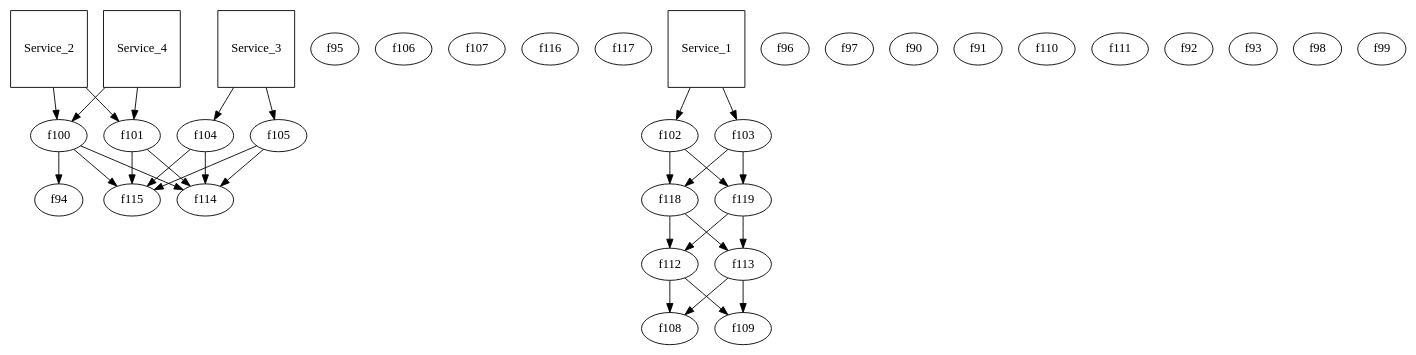
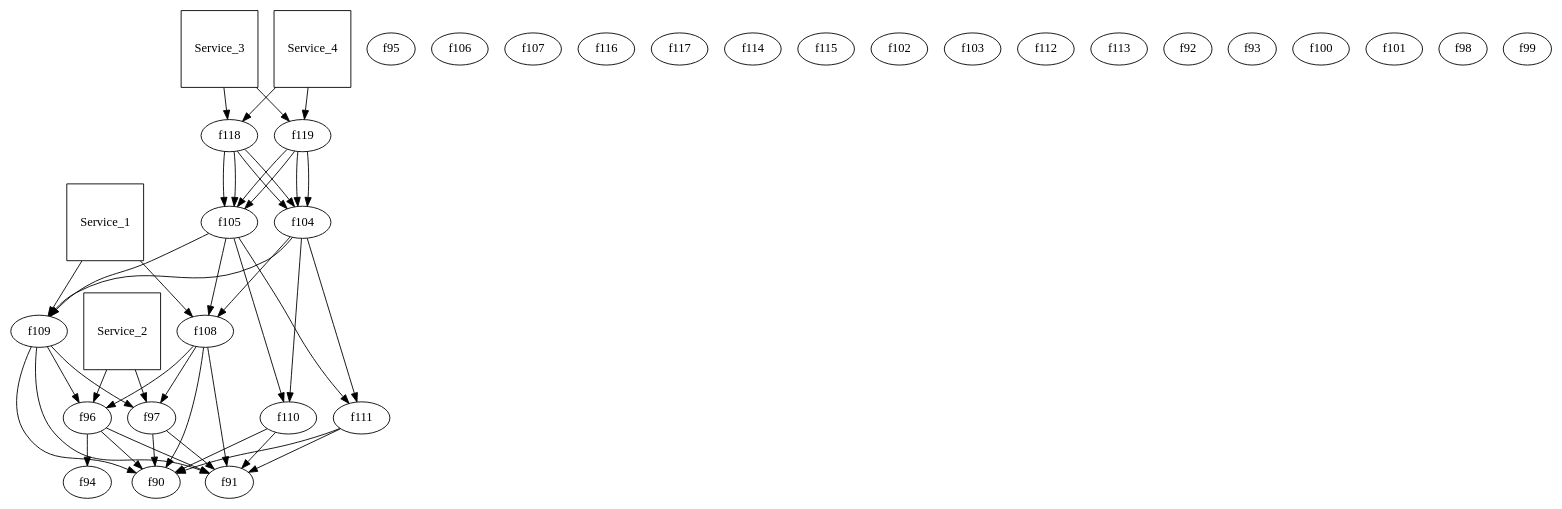
Before and after one commit to pcoppens/chaos-re: the diagram in system3.dot, drawn with Graphviz. The commit also changed 6 other files, not shown here.

```diff
--- a/system3.dot
+++ b/system3.dot
@@ -1,29 +1,29 @@
 digraph System{
 	f94 ; 	f95 ; 
 	f106 ; 	f107 ; 
 	f116 ; 	f117 ; 
 	f114 ; 	f115 ; 
 	f118 ; 	f119 ; 
 	f102 ; 	f103 ; 
 	f96 ; 	f97 ; 
 	f112 ; 	f113 ; 
 	f90 ; 	f91 ; 
 	f110 ; 	f111 ; 
 	f92 ; 	f93 ; 
 	f108 ; 	f109 ; 
 	f100 ; 	f101 ; 
 	f98 ; 	f99 ; 
 	f104 ; 	f105 ; 
 Service_1[shape=square];
- Service_1->f102; Service_1->f103; f102 -> f118 -> f112 -> f108;
-f102 ->f119; f103 ->f119; f103 ->f118; f118 ->f113; f119 ->f113; f119 ->f112; f112 ->f109; f113 ->f109; f113 ->f108; 
+ Service_1->f108; Service_1->f109; f108 -> f96 -> f90;
+f108 ->f97; f109 ->f97; f109 ->f96; f96 ->f91; f97 ->f91; f97 ->f90; 
 Service_2[shape=square];
- Service_2->f100; Service_2->f101; f100 -> f114;
-f100 ->f115; f101 ->f115; f101 ->f114; 
+ Service_2->f96; Service_2->f97; f96 -> f94;
+
 Service_3[shape=square];
- Service_3->f104; Service_3->f105; f104 -> f114;
-f104 ->f115; f105 ->f115; f105 ->f114; 
+ Service_3->f118; Service_3->f119; f118 -> f104 -> f110 -> f90;
+f118 ->f105; f119 ->f105; f119 ->f104; f104 ->f111; f105 ->f111; f105 ->f110; f110 ->f91; f111 ->f91; f111 ->f90; 
 Service_4[shape=square];
- Service_4->f100; Service_4->f101; f100 -> f94;
-
+ Service_4->f118; Service_4->f119; f118 -> f104 -> f108 -> f90;
+f118 ->f105; f119 ->f105; f119 ->f104; f104 ->f109; f105 ->f109; f105 ->f108; f108 ->f91; f109 ->f91; f109 ->f90; 
 }
```
